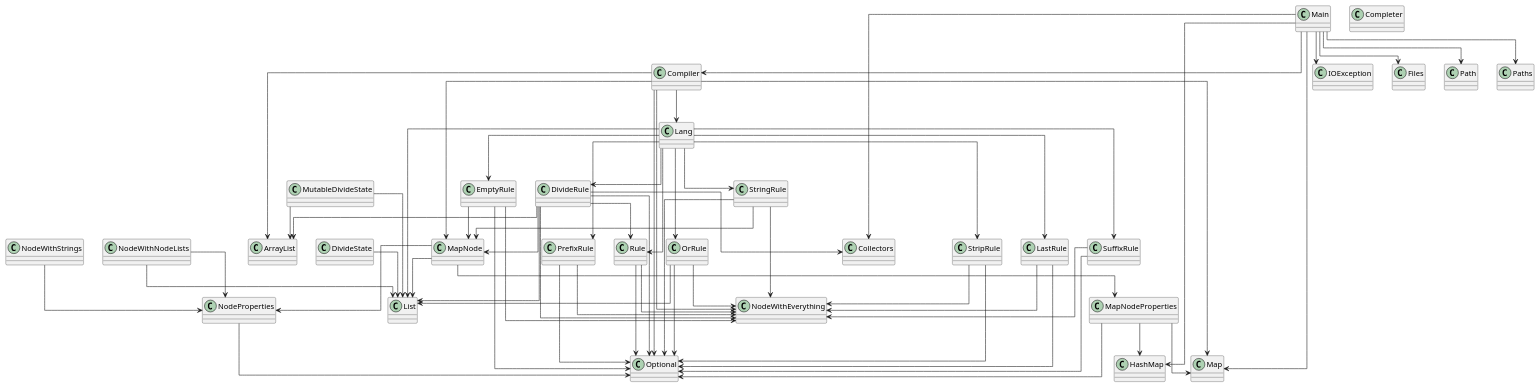
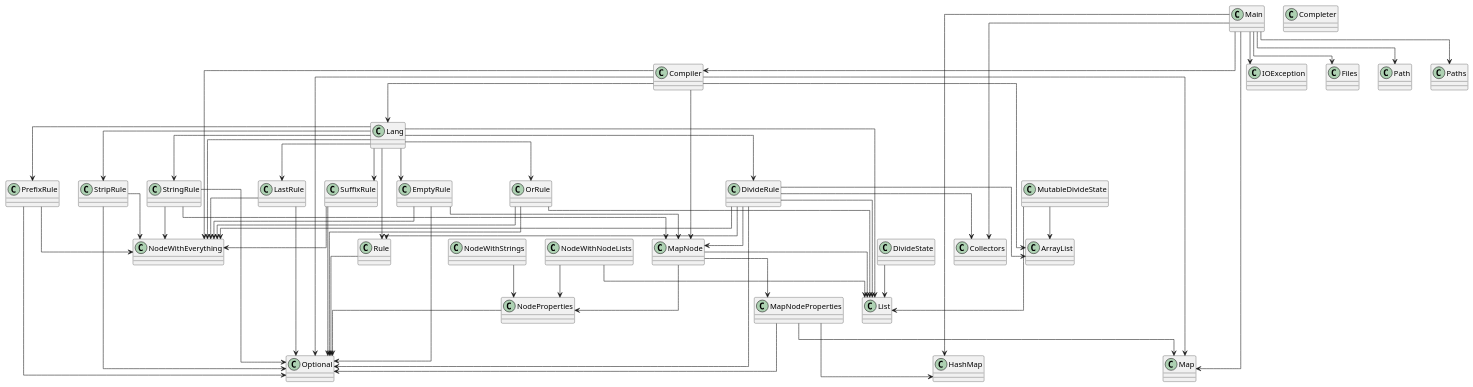
One commit to SirMathhman/Magma changed the diagram in diagram.puml. Above: the diagram before and after it, drawn with PlantUML. The commit also changed 10 other files, not shown here.

Commit message:
Disconnect Node from Rule

```diff
--- a/diagram.puml
+++ b/diagram.puml
@@ -1,87 +1,87 @@
 @startuml
 skinparam linetype ortho
 class StringRule
 StringRule --> MapNode
 StringRule --> NodeWithEverything
 StringRule --> Optional
 class PrefixRule
 PrefixRule --> NodeWithEverything
 PrefixRule --> Optional
 class Compiler
 Compiler --> Lang
 Compiler --> NodeWithEverything
 Compiler --> MapNode
 Compiler --> ArrayList
 Compiler --> Map
 Compiler --> Optional
 class OrRule
 OrRule --> NodeWithEverything
 OrRule --> List
 OrRule --> Optional
 class EmptyRule
 EmptyRule --> MapNode
 EmptyRule --> NodeWithEverything
 EmptyRule --> Optional
 class StripRule
 StripRule --> NodeWithEverything
 StripRule --> Optional
 class Lang
+Lang --> NodeWithEverything
 Lang --> EmptyRule
 Lang --> OrRule
 Lang --> Rule
 Lang --> DivideRule
 Lang --> LastRule
 Lang --> PrefixRule
 Lang --> StringRule
 Lang --> StripRule
 Lang --> SuffixRule
 Lang --> List
 class Completer
 class MutableDivideState
 MutableDivideState --> ArrayList
 MutableDivideState --> List
 class MapNode
 MapNode --> MapNodeProperties
 MapNode --> NodeProperties
 MapNode --> List
 class MapNodeProperties
 MapNodeProperties --> HashMap
 MapNodeProperties --> Map
 MapNodeProperties --> Optional
 class DivideState
 DivideState --> List
 class LastRule
 LastRule --> NodeWithEverything
 LastRule --> Optional
 class DivideRule
 DivideRule --> MapNode
 DivideRule --> NodeWithEverything
 DivideRule --> Rule
 DivideRule --> ArrayList
 DivideRule --> List
 DivideRule --> Optional
 DivideRule --> Collectors
 class NodeProperties
 NodeProperties --> Optional
 class SuffixRule
 SuffixRule --> NodeWithEverything
 SuffixRule --> Optional
 class NodeWithEverything
 class NodeWithStrings
 NodeWithStrings --> NodeProperties
 class Rule
-Rule --> NodeWithEverything
 Rule --> Optional
 class NodeWithNodeLists
 NodeWithNodeLists --> NodeProperties
 NodeWithNodeLists --> List
 class Main
 Main --> Compiler
 Main --> IOException
 Main --> Files
 Main --> Path
 Main --> Paths
 Main --> HashMap
 Main --> Map
 Main --> Collectors
 @enduml
```
